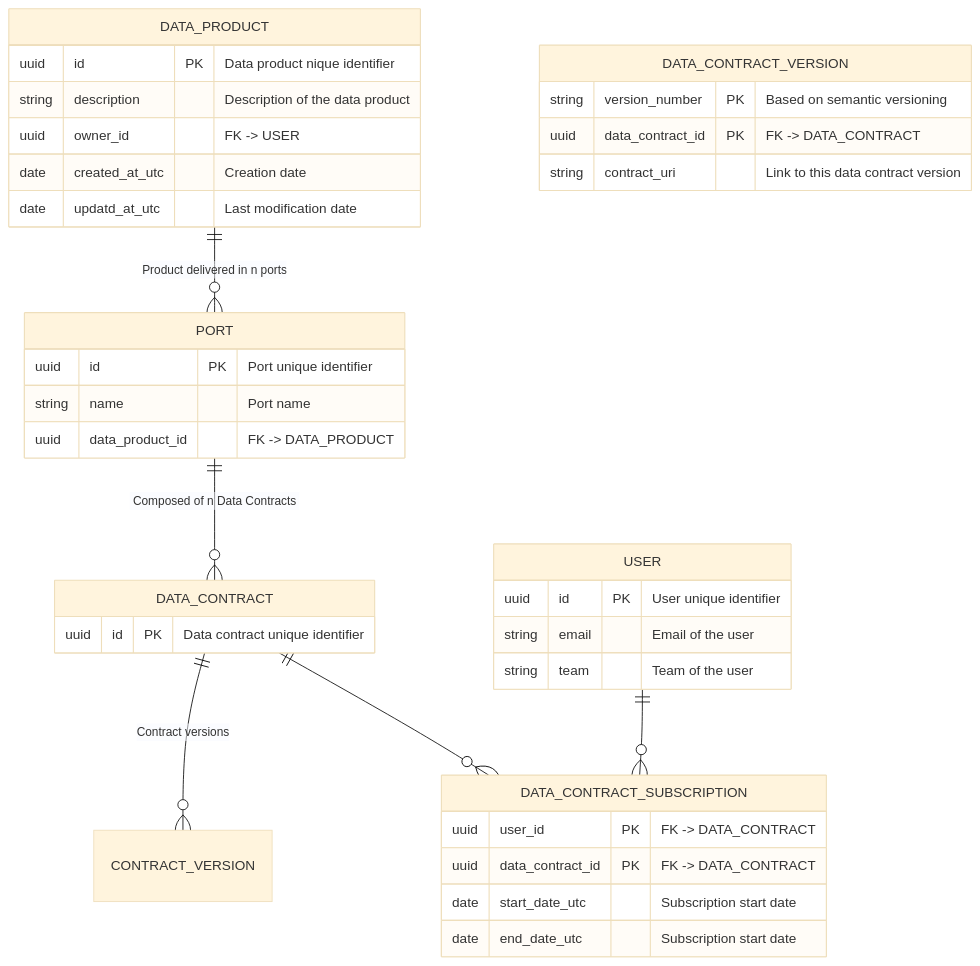
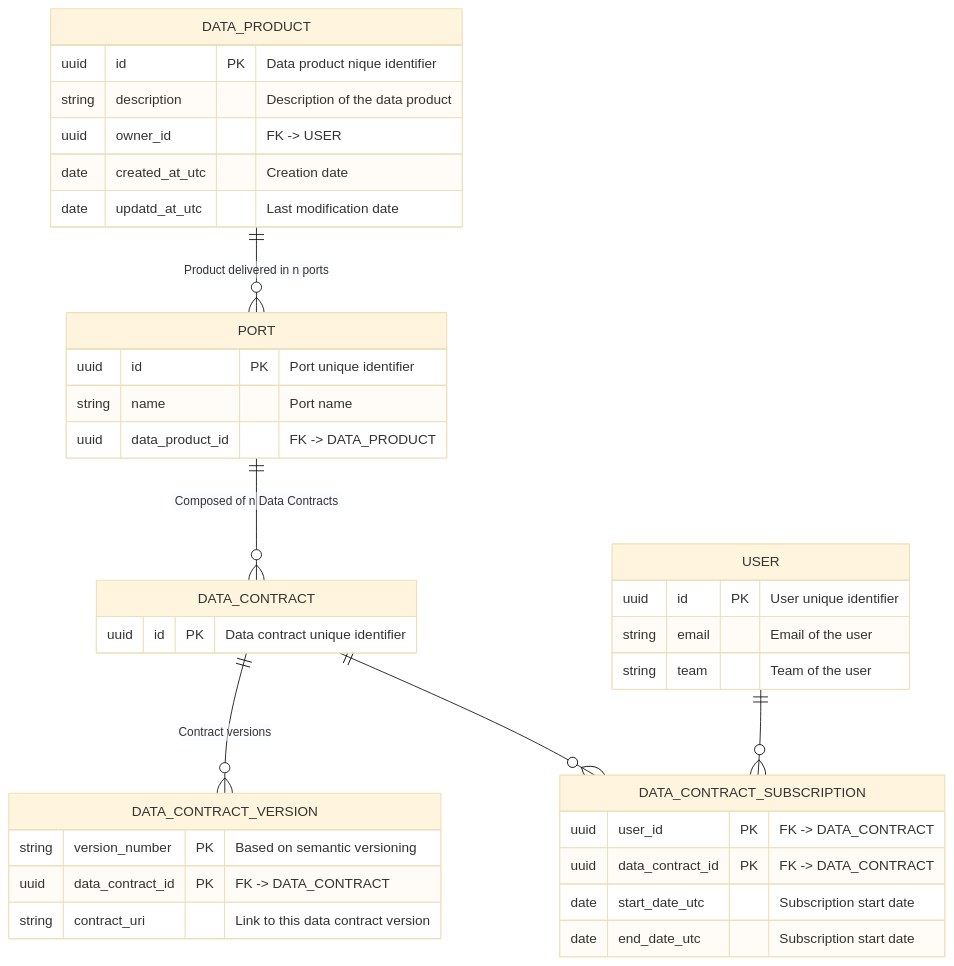
One commit to monmaya/base-impl changed the diagram in docs/relational_model.md. Above: the diagram before and after it, drawn with Mermaid (base theme).

````diff
--- a/docs/relational_model.md
+++ b/docs/relational_model.md
@@ -5,48 +5,48 @@
 ```mermaid
 
 erDiagram
 
     DATA_PRODUCT {
         uuid id PK "Data product nique identifier"
         string description "Description of the data product"
         uuid owner_id "FK -> USER"
         date created_at_utc "Creation date"
         date updatd_at_utc "Last modification date"
     }
 
     PORT {
         uuid id PK "Port unique identifier"
         string name "Port name"
         uuid data_product_id "FK -> DATA_PRODUCT"
     }
 
     DATA_CONTRACT {
         uuid id PK "Data contract unique identifier"
     }
 
     DATA_CONTRACT_VERSION {
         string version_number PK "Based on semantic versioning"
         uuid data_contract_id PK "FK -> DATA_CONTRACT"
         string contract_uri "Link to this data contract version"
     }
 
     USER {
         uuid id PK "User unique identifier"
         string email "Email of the user"
         string team "Team of the user"
     }
     
     DATA_CONTRACT_SUBSCRIPTION {
         uuid user_id PK "FK -> DATA_CONTRACT"
         uuid data_contract_id PK "FK -> DATA_CONTRACT"
         date start_date_utc "Subscription start date"
         date end_date_utc "Subscription start date"
     }
 
     DATA_PRODUCT ||--o{ PORT : "Product delivered in n ports"
     PORT ||--o{ DATA_CONTRACT : "Composed of n Data Contracts"
-    DATA_CONTRACT ||--o{ CONTRACT_VERSION : "Contract versions"
+    DATA_CONTRACT ||--o{ DATA_CONTRACT_VERSION : "Contract versions"
     DATA_CONTRACT ||--o{ DATA_CONTRACT_SUBSCRIPTION : ""
     USER ||--o{ DATA_CONTRACT_SUBSCRIPTION : ""
 
   ```
````
